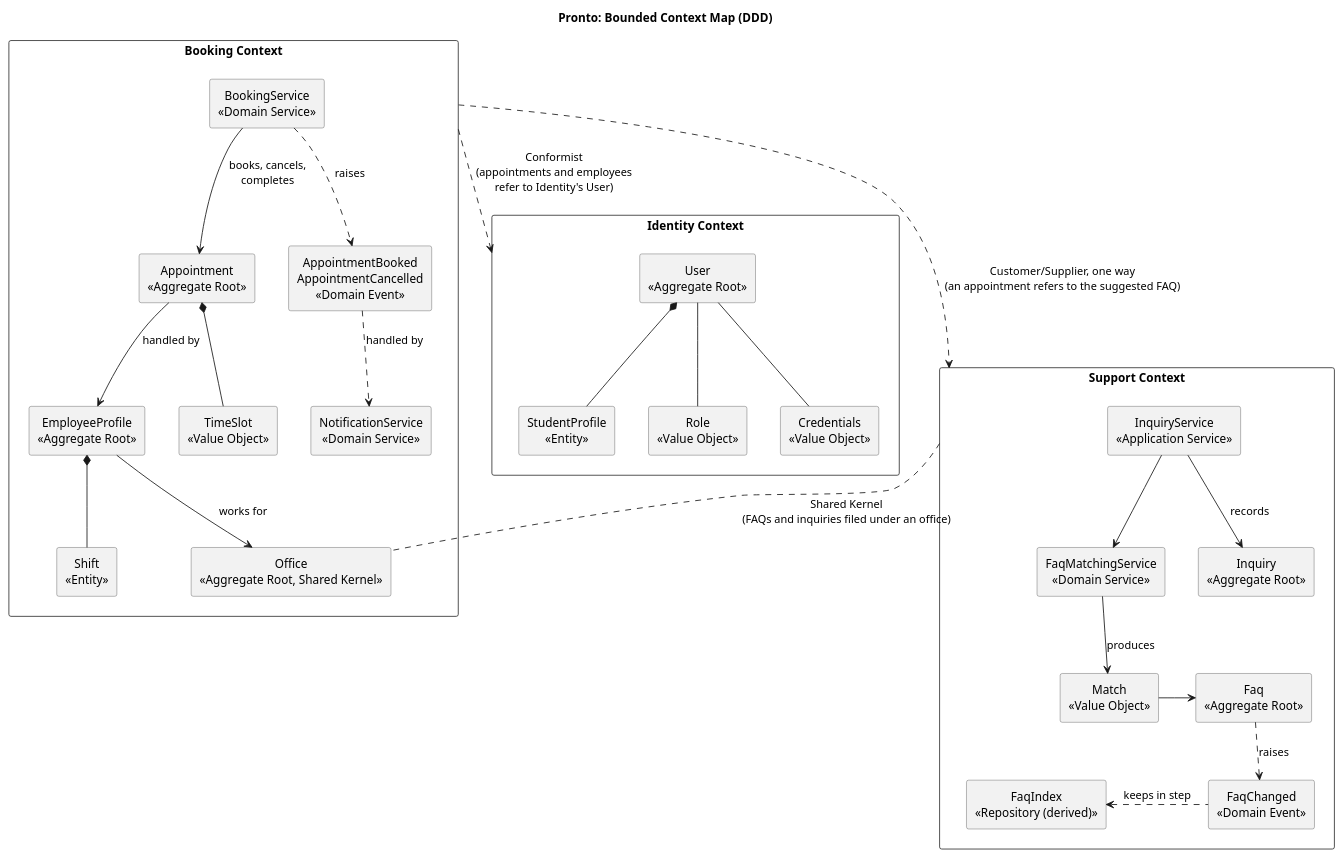
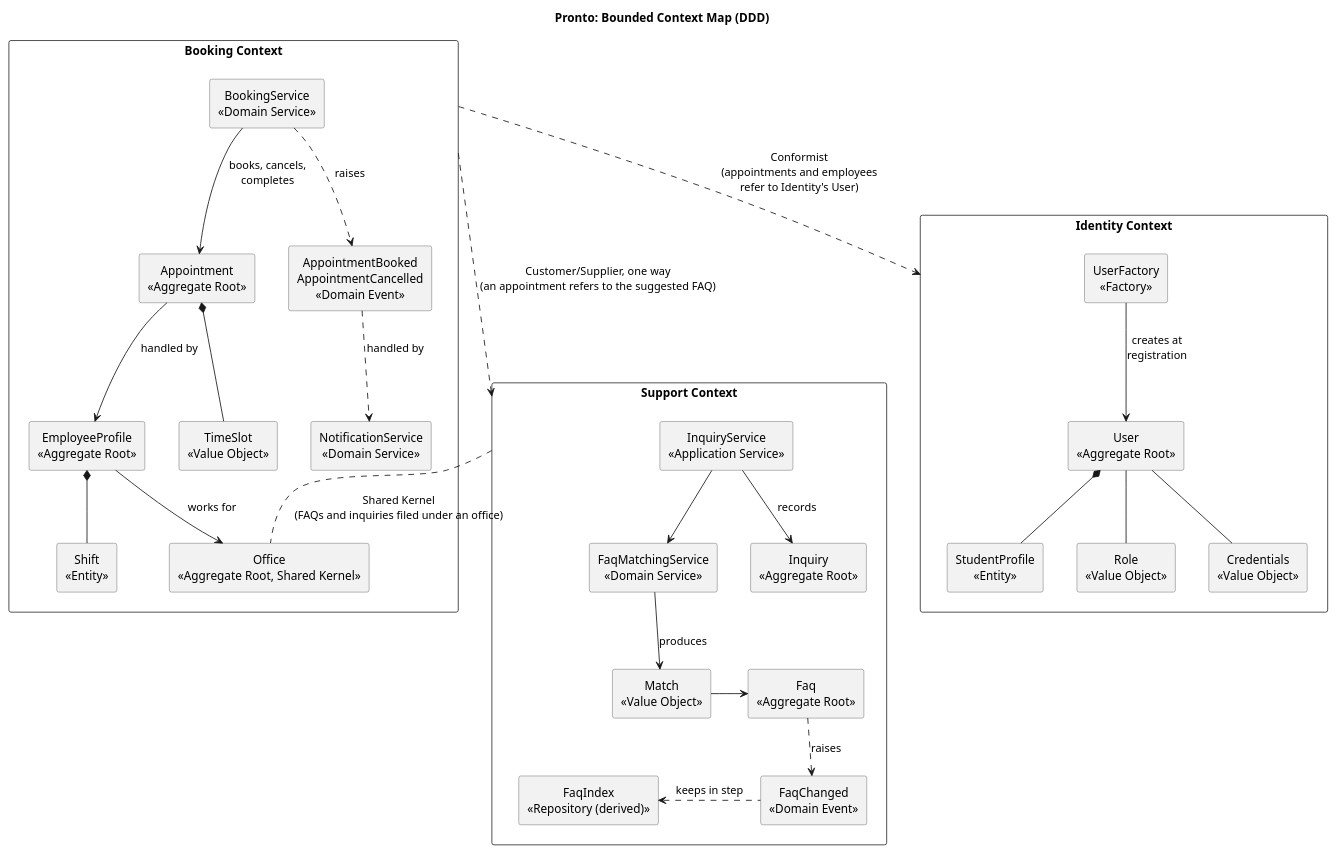
Before and after one commit to unibo-dtm-se-2526-PRONTO/report: the diagram in sections/03-design/assets/ddd.puml, drawn with PlantUML. The commit also changed 3 other files, not shown here.

```diff
--- a/sections/03-design/assets/ddd.puml
+++ b/sections/03-design/assets/ddd.puml
@@ -1,66 +1,68 @@
 @startuml domain-model
 title Pronto: Bounded Context Map (DDD)
 skinparam shadowing false
 skinparam packageStyle rectangle
 skinparam defaultTextAlignment center
 skinparam nodesep 40
 skinparam ranksep 50
 skinparam rectangle {
   BackgroundColor #F2F2F2
   BorderColor #555555
 }
 skinparam package {
   BackgroundColor #FFFFFF
   BorderColor #333333
 }
 
 package "Identity Context" as IC {
   rectangle "User\n«Aggregate Root»" as User
   rectangle "StudentProfile\n«Entity»" as StudentProfile
   rectangle "Role\n«Value Object»" as Role
   rectangle "Credentials\n«Value Object»" as Credentials
+  rectangle "UserFactory\n«Factory»" as UserFactory
+  UserFactory --> User : creates at\nregistration
   User *-- StudentProfile
   User -- Role
   User -- Credentials
 }
 
 package "Booking Context" as BC {
   rectangle "BookingService\n«Domain Service»" as BookingService
   rectangle "Appointment\n«Aggregate Root»" as Appointment
   rectangle "EmployeeProfile\n«Aggregate Root»" as Employee
   rectangle "Shift\n«Entity»" as Shift
   rectangle "TimeSlot\n«Value Object»" as TimeSlot
   rectangle "Office\n«Aggregate Root, Shared Kernel»" as Office
   rectangle "AppointmentBooked\nAppointmentCancelled\n«Domain Event»" as BookingEvents
   rectangle "NotificationService\n«Domain Service»" as NotificationService
 
   BookingService --> Appointment : books, cancels,\ncompletes
   Appointment --> Employee : handled by
   Employee *-- Shift
   Appointment *-- TimeSlot
   Employee --> Office : works for
   BookingService ..> BookingEvents : raises
   BookingEvents ..> NotificationService : handled by
 }
 
 package "Support Context" as SC {
   rectangle "InquiryService\n«Application Service»" as InquiryService
   rectangle "FaqMatchingService\n«Domain Service»" as Matching
   rectangle "Inquiry\n«Aggregate Root»" as Inquiry
   rectangle "Match\n«Value Object»" as Match
   rectangle "Faq\n«Aggregate Root»" as Faq
   rectangle "FaqIndex\n«Repository (derived)»" as FaqIndex
   rectangle "FaqChanged\n«Domain Event»" as FaqChanged
 
   InquiryService -down-> Matching
   InquiryService -down-> Inquiry : records
   Matching -down-> Match : produces
   Match -right-> Faq
   Faq -down.> FaqChanged : raises
   FaqChanged -left.> FaqIndex : keeps in step
 }
 
 BC ..> IC : Conformist\n(appointments and employees\nrefer to Identity's User)
 BC ..> SC : Customer/Supplier, one way\n(an appointment refers to the suggested FAQ)
 SC .. Office : Shared Kernel\n(FAQs and inquiries filed under an office)
 @enduml
```
